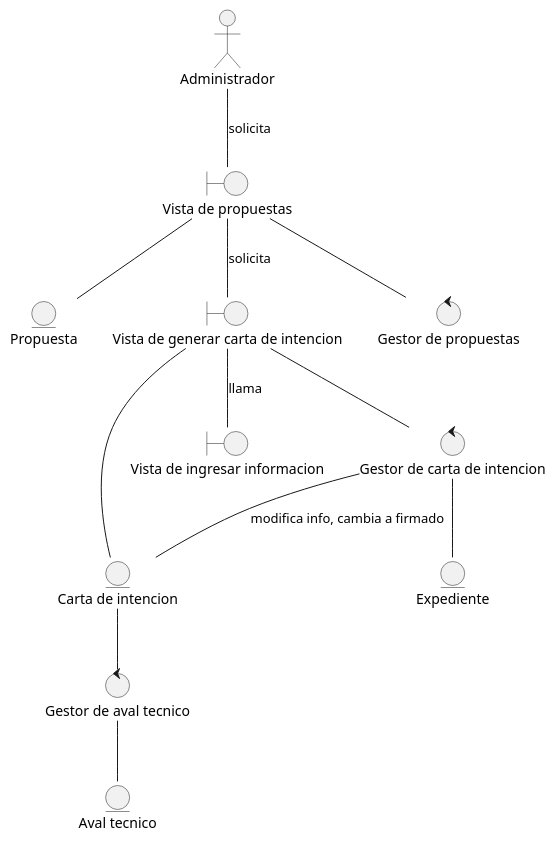
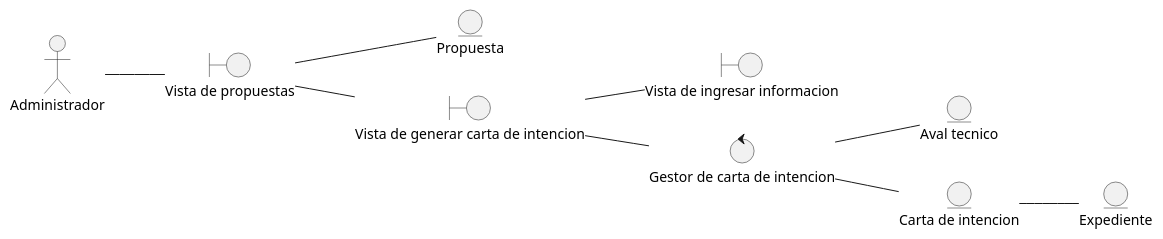
One commit to Samantha-Ramirez/ProyectoEquipo7ING changed the diagram in docs/scenariosView/DisciplinaDeAnalisisDiagramaDeClaseFirmarCartaIntencion.plantuml. Above: the diagram before and after it, drawn with PlantUML. The commit also changed 26 other files, not shown here.

Commit message:
Diagramas de clases de analisis y paquetes 2906

```diff
--- a/docs/scenariosView/DisciplinaDeAnalisisDiagramaDeClaseFirmarCartaIntencion.plantuml
+++ b/docs/scenariosView/DisciplinaDeAnalisisDiagramaDeClaseFirmarCartaIntencion.plantuml
@@ -1,29 +1,27 @@
 @startuml DisciplinaDeAnalisisDiagramaDeClaseFirmarCartaIntencion
+left to right direction
+
 actor "Administrador" as actorAdmin
 
 entity "Propuesta" as entidadPropuesta
 entity "Aval tecnico" as entidadAval
 entity "Expediente" as entidadExpediente
-entity "Carta de intencion" as entidadCartaDeIntencion
+entity "Carta de intencion" as entidadCartaIntencion
 
 boundary "Vista de propuestas" as vistaPropuestas
-boundary "Vista de generar carta de intencion" as vistaGenerarCartaDeIntencion
+boundary "Vista de generar carta de intencion" as vistaGenerarCartaIntencion
 boundary "Vista de ingresar informacion" as vistaIngresarInformacion
 
-control "Gestor de propuestas" as ctrlGestorPropuestas
-control "Gestor de carta de intencion" as ctrlGestorCartaDeIntencion
-control "Gestor de aval tecnico" as ctrlGestorAval
+control "Gestor de carta de intencion" as ctrlGestorCartaIntencion
 
-actorAdmin -- vistaPropuestas : solicita
-vistaPropuestas -- ctrlGestorPropuestas
+actorAdmin -- vistaPropuestas
 vistaPropuestas -- entidadPropuesta
-vistaPropuestas -- vistaGenerarCartaDeIntencion : solicita
-vistaGenerarCartaDeIntencion -- vistaIngresarInformacion : llama
-vistaGenerarCartaDeIntencion -- entidadCartaDeIntencion
-vistaGenerarCartaDeIntencion -- ctrlGestorCartaDeIntencion
-ctrlGestorCartaDeIntencion -- entidadCartaDeIntencion : modifica info, cambia a firmado
-entidadCartaDeIntencion -- ctrlGestorAval
-ctrlGestorAval -- entidadAval
-ctrlGestorCartaDeIntencion -- entidadExpediente
+vistaPropuestas -- vistaGenerarCartaIntencion
+vistaGenerarCartaIntencion -- ctrlGestorCartaIntencion
+
+vistaGenerarCartaIntencion -- vistaIngresarInformacion
+ctrlGestorCartaIntencion -- entidadCartaIntencion 
+entidadCartaIntencion -- entidadExpediente
+ctrlGestorCartaIntencion -- entidadAval
 
 @enduml
```
